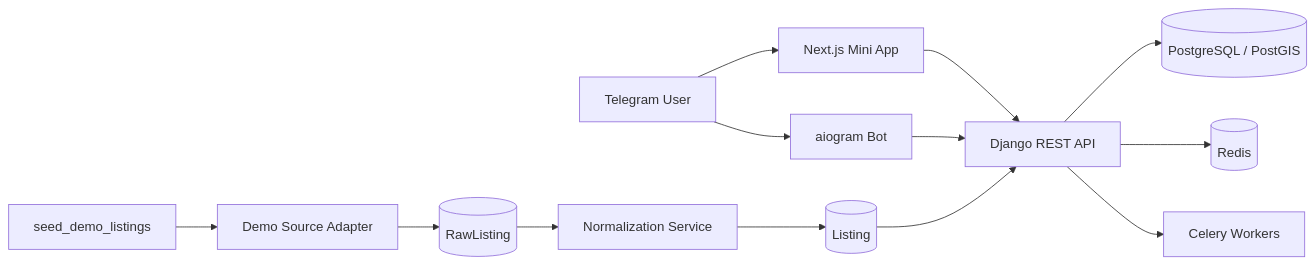
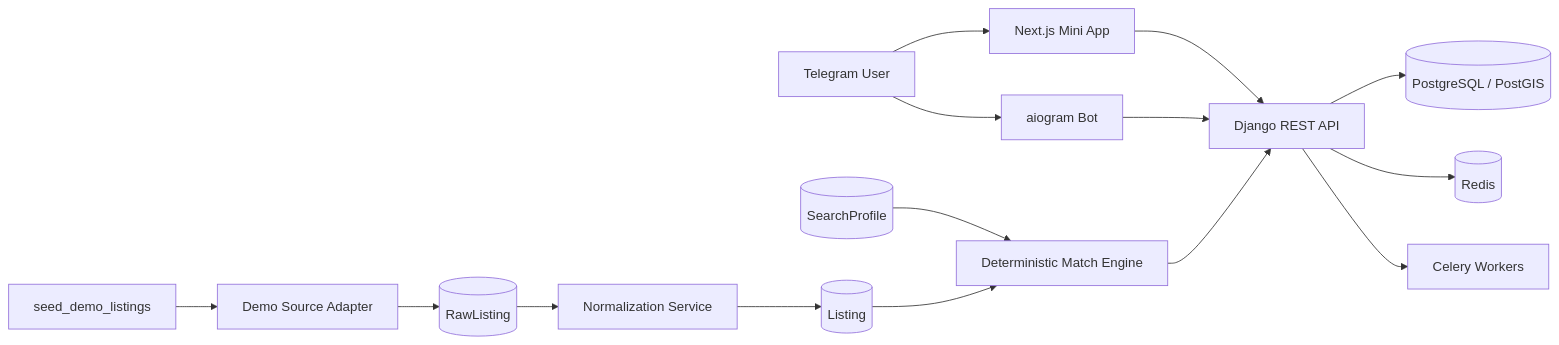
One commit to Ke1fosao/FlatHunter-AI changed the diagram in README.md. Above: the diagram before and after it, drawn with Mermaid. The commit also changed other lines of this file, not shown here.

````diff
--- a/README.md
+++ b/README.md
@@ -28,15 +29,17 @@
 ```mermaid
 flowchart LR
     TG[Telegram User] --> BOT[aiogram Bot]
     TG --> MINI[Next.js Mini App]
     MINI --> API[Django REST API]
     BOT --> API
     CMD[seed_demo_listings] --> ADAPTER[Demo Source Adapter]
     ADAPTER --> RAW[(RawListing)]
     RAW --> NORMALIZE[Normalization Service]
     NORMALIZE --> LISTING[(Listing)]
-    LISTING --> API
+    PROFILE[(SearchProfile)] --> MATCH[Deterministic Match Engine]
+    LISTING --> MATCH
+    MATCH --> API
     API --> DB[(PostgreSQL / PostGIS)]
     API --> REDIS[(Redis)]
     API --> CELERY[Celery Workers]
 ```
````
